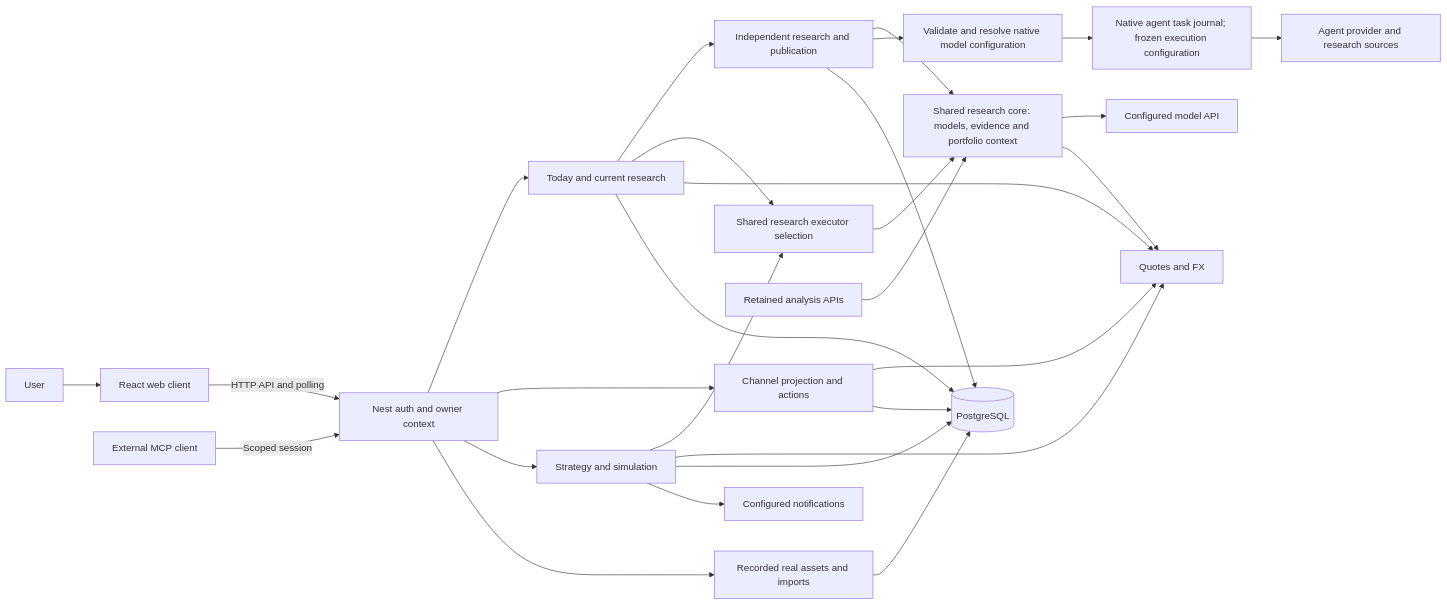
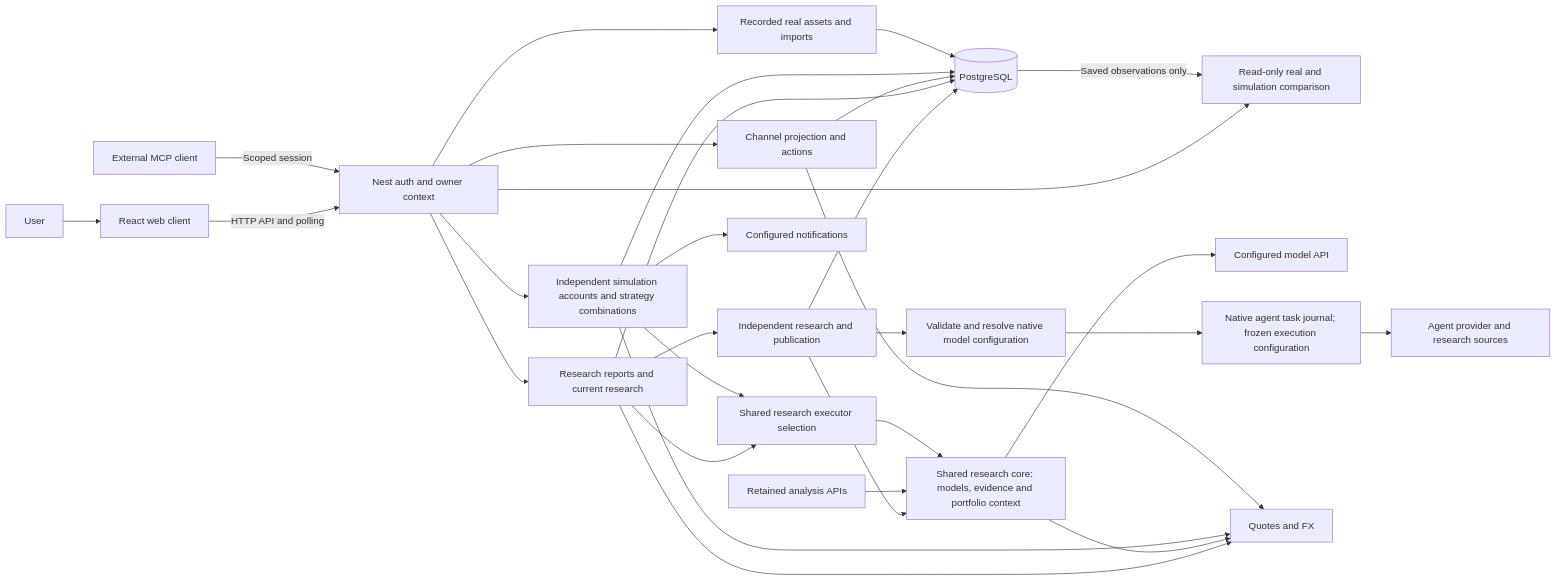
Before and after one commit to Lueyu/squabble: the first of 5 diagrams in docs/architecture.md, drawn with Mermaid. The commit also changed other lines of this file and 17 other files, not shown here.

````diff
--- a/docs/architecture.md
+++ b/docs/architecture.md
@@ -26,30 +26,32 @@
 ```mermaid
 flowchart LR
     user["User"] --> web["React web client"]
     web -->|"HTTP API and polling"| auth["Nest auth and owner context"]
-    auth --> experience["Today and current research"]
+    auth --> experience["Research reports and current research"]
+    auth --> comparison["Read-only real and simulation comparison"]
     auth --> channel["Channel projection and actions"]
-    auth --> strategy["Strategy and simulation"]
+    auth --> strategy["Independent simulation accounts and strategy combinations"]
     auth --> ledger["Recorded real assets and imports"]
     experience --> council["Independent research and publication"]
     council --> core["Shared research core: models, evidence and portfolio context"]
     legacy["Retained analysis APIs"] --> core
     core --> models["Configured model API"]
     experience --> routing["Shared research executor selection"]
     strategy --> routing
     routing --> core
     council --> nativeConfig["Validate and resolve native model configuration"]
     nativeConfig --> native["Native agent task journal; frozen execution configuration"]
     native --> provider["Agent provider and research sources"]
     experience --> data["Quotes and FX"]
     core --> data
     strategy --> data
     channel --> data
     council --> db[("PostgreSQL")]
     experience --> db
     channel --> db
     strategy --> db
     ledger --> db
+    db -->|"Saved observations only"| comparison
     strategy --> notify["Configured notifications"]
     mcp["External MCP client"] -->|"Scoped session"| auth
 ```
````
